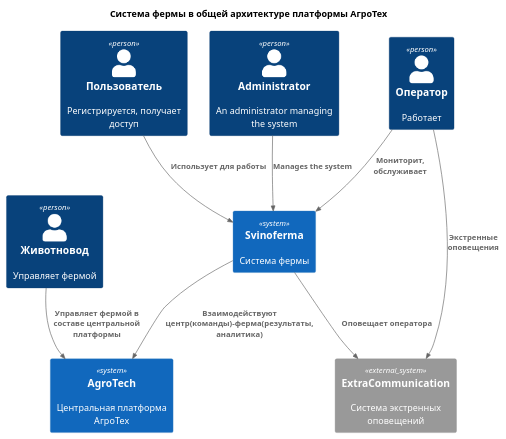
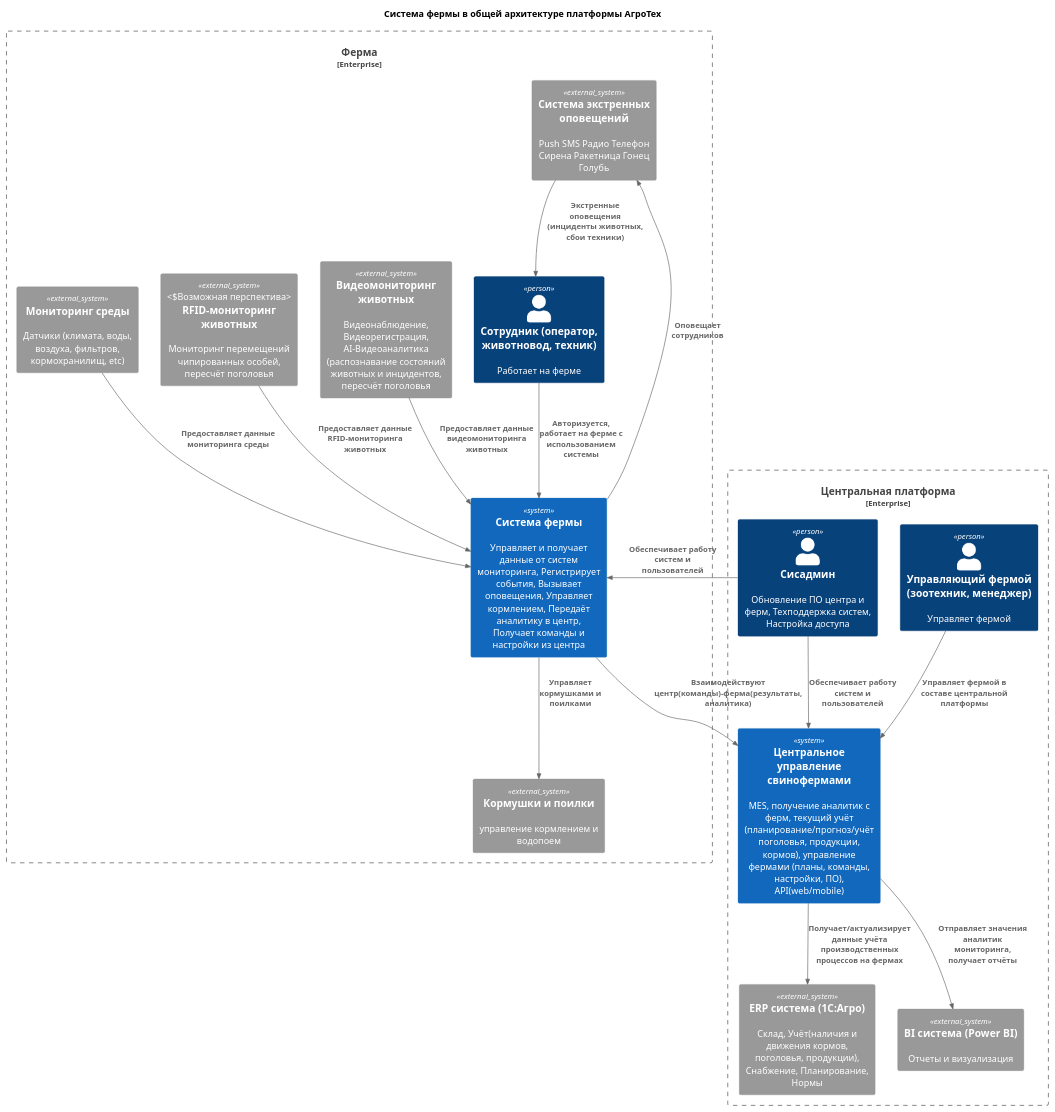
Before and after one commit to IvanVerba/MSA-AgroTech: the diagram in Task1/Context1.puml, drawn with PlantUML.

Commit message:
Task1: Context1 общий

```diff
--- a/Task1/Context1.puml
+++ b/Task1/Context1.puml
@@ -1,25 +1,44 @@
 @startuml
 title Ferma Context Diagram
 
 top to bottom direction
 
-!includeurl https://raw.githubusercontent.com/RicardoNiepel/C4-PlantUML/master/C4_Component.puml
+!include <C4/C4_Context>
 
-  title Система фермы в общей архитектуре платформы АгроТех
+ title Система фермы в общей архитектуре платформы АгроТех
 
-  Person(user, "Пользователь", "Регистрируется, получает доступ")
-  Person(operator, "Оператор", "Работает")
-  Person(admin, "Administrator", "An administrator managing the system")
-  Person(mainuser, "Животновод", "Управляет фермой")
-  System(ferma, "Svinoferma", "Система фермы")
-  System(agro_tech, "AgroTech", "Центральная платформа АгроТех")
-  System_Ext(extr_comm, "ExtraCommunication", "Система экстренных оповещений")
-  Rel(user, ferma, "Использует для работы")
-  Rel(operator, ferma, "Мониторит, обслуживает")
-  Rel(operator, extr_comm, "Экстренные оповещения")
-  Rel(admin,ferma,"Manages the system")
-  Rel(ferma,extr_comm,"Оповещает оператора")
-  Rel(mainuser,agro_tech,"Управляет фермой в составе центральной платформы")
-  Rel(ferma,agro_tech,"Взаимодействуют центр(команды)-ферма(результаты, аналитика)")
+Enterprise_Boundary(система_фермы, "Ферма") {
+ System_Ext(extr_comm, "Система экстренных оповещений" , "Push SMS Радио Телефон Сирена Ракетница Гонец Голубь")
+ System_Ext(vcam, "Видеомониторинг животных", "Видеонаблюдение, Видеорегистрация, AI-Видеоаналитика (распознавание состояний животных и инцидентов, пересчёт поголовья")
+ System_Ext(rfid, "RFID-мониторинг животных", "Мониторинг перемещений чипированных особей, пересчёт поголовья", "Возможная перспектива")
+ System_Ext(sensors, "Мониторинг среды", "Датчики (климата, воды, воздуха, фильтров, кормохранилищ, etc)")
+ System_Ext(feeding, "Кормушки и поилки", "управление кормлением и водопоем")
+
+  Person(employee, "Сотрудник (оператор, животновод, техник)", "Работает на ферме")
+  System(ferma, "Система фермы", "Управляет и получает данные от систем мониторинга, Регистрирует события, Вызывает оповещения, Управляет кормлением, Передаёт аналитику в центр, Получает команды и настройки из центра")
+  Rel(extr_comm, employee , "Экстренные оповещения (инциденты животных, сбои техники)")
+  Rel(vcam, ferma, "Предоставляет данные видеомониторинга животных")
+  Rel(rfid, ferma, "Предоставляет данные RFID-мониторинга животных")
+  Rel(sensors, ferma, "Предоставляет данные мониторинга среды")
+  Rel(ferma,feeding,"Управляет кормушками и поилками")
+  Rel(employee, ferma, "Авторизуется, работает на ферме с использованием системы")
+  Rel(ferma,extr_comm,"Оповещает сотрудников")
+ }
+
+
+Enterprise_Boundary(система, "Центральная платформа") {
+  Person(mainuser, "Управляющий фермой (зоотехник, менеджер)", "Управляет фермой")
+  Person(admin, "Сисадмин", "Обновление ПО центра и ферм, Техподдержка систем, Настройка доступа")
+  System(center_farm, "Центральное управление свинофермами", "MES, получение аналитик с ферм, текущий учёт (планирование/прогноз/учёт поголовья, продукции, кормов), управление фермами (планы, команды, настройки, ПО), API(web/mobile)")
+  System_Ext(erp, "ERP система (1С:Агро)", "Склад, Учёт(наличия и движения кормов, поголовья, продукции), Снабжение, Планирование, Нормы")
+  System_Ext(bi, "BI система (Power BI)", "Отчеты и визуализация")
+  Rel(center_farm,erp, "Получает/актуализирует данные учёта производственных процессов на фермах")
+  Rel(center_farm,bi, "Отправляет значения аналитик мониторинга, получает отчёты")
+  Rel(admin,center_farm,"Обеспечивает работу систем и пользователей")
+  Rel(admin,ferma,"Обеспечивает работу систем и пользователей")
+  Rel(mainuser,center_farm,"Управляет фермой в составе центральной платформы")
+  Rel(ferma,center_farm,"Взаимодействуют центр(команды)-ферма(результаты, аналитика)")
+ }
+
 
 @enduml
```
